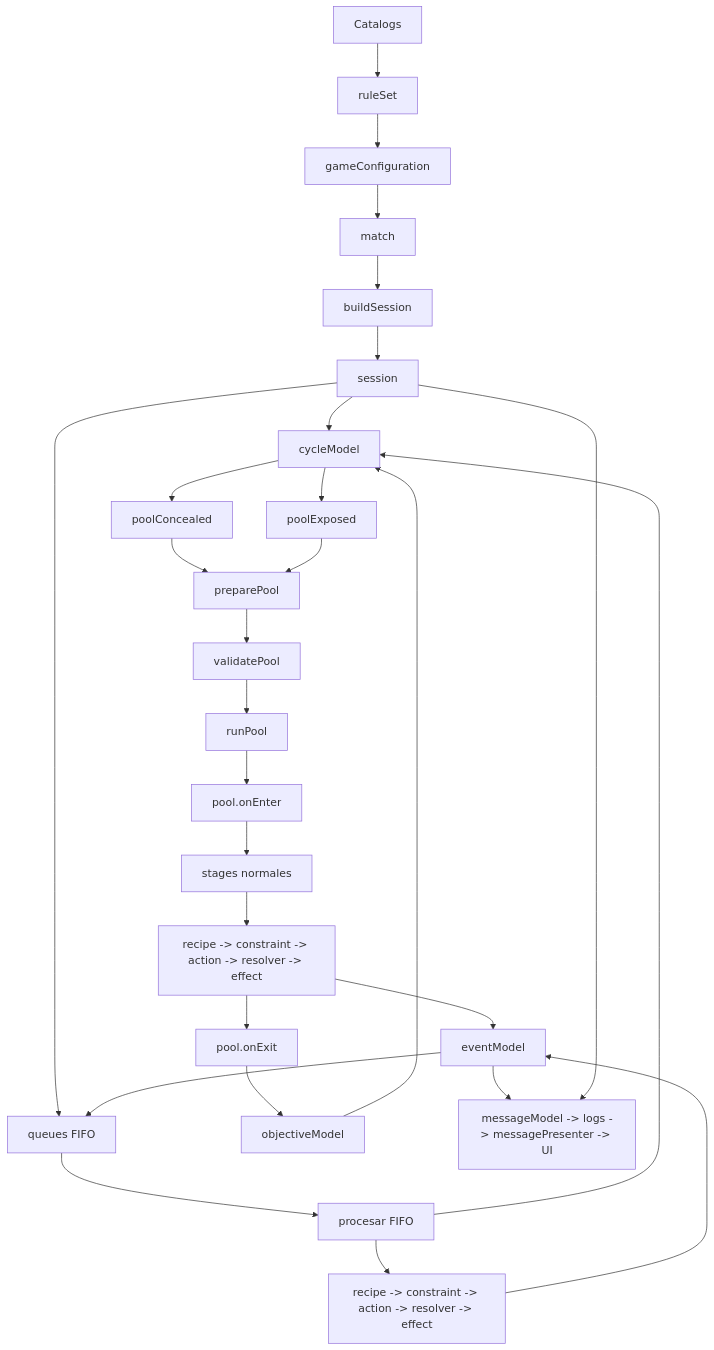
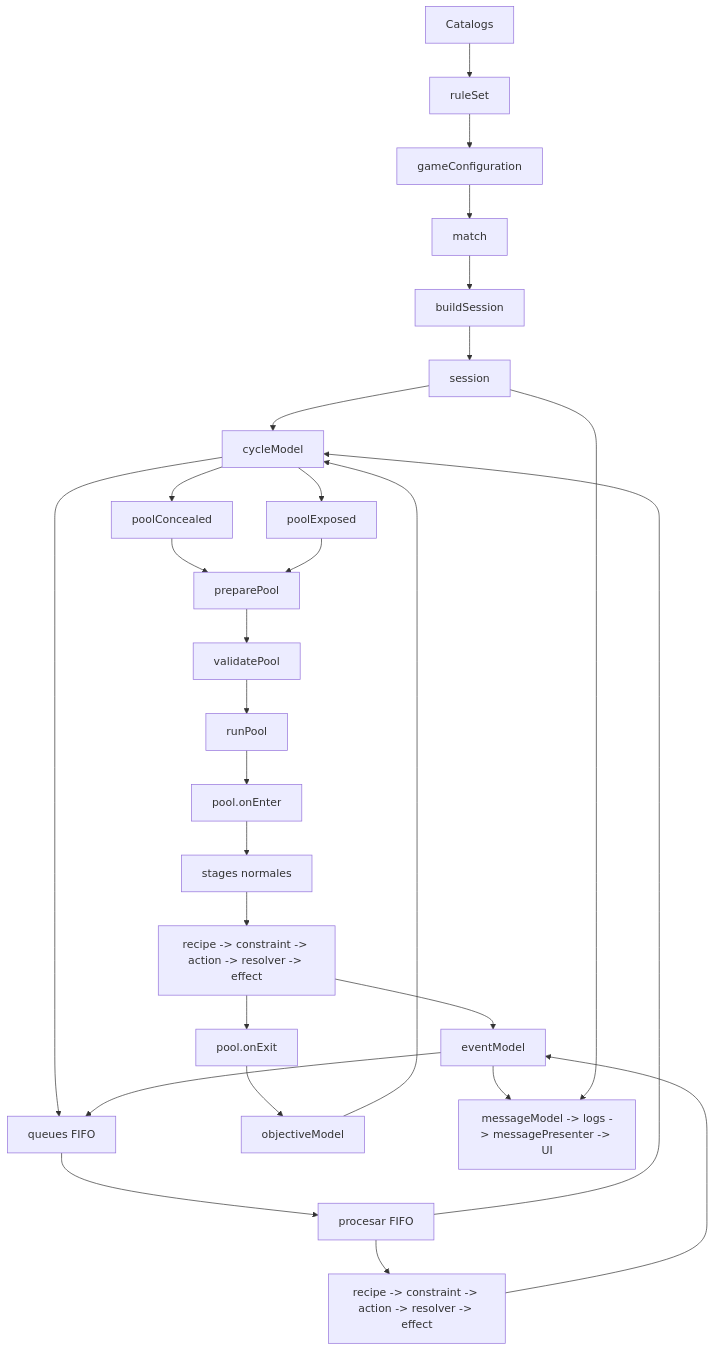
Before and after one commit to juanramonmorandeira/castronegro-director: the diagram in docs/domain_architecture.md, drawn with Mermaid. The commit also changed other lines of this file and 23 other files, not shown here.

Commit message:
Model cycle queues inside cycle

````diff
--- a/docs/domain_architecture.md
+++ b/docs/domain_architecture.md
@@ -20,53 +20,53 @@
 ```mermaid
 flowchart TD
   CATALOGS["Catalogs"]
   RULESET["ruleSet"]
   CONFIG["gameConfiguration"]
   MATCH["match"]
   BUILD["buildSession"]
   SESSION["session"]
   CYCLE["cycleModel"]
   QUEUES["queues FIFO"]
   CONCEALED["poolConcealed"]
   EXPOSED["poolExposed"]
   PREPARE["preparePool"]
   VALIDATE["validatePool"]
   RUN["runPool"]
   ENTER["pool.onEnter"]
   STAGES["stages normales"]
   EXIT["pool.onExit"]
   SPECIAL_RUN["procesar FIFO"]
   NORMAL_PIPELINE["recipe -> constraint -> action -> resolver -> effect"]
   SPECIAL_PIPELINE["recipe -> constraint -> action -> resolver -> effect"]
   EVENTS["eventModel"]
   OBJECTIVES["objectiveModel"]
   MESSAGES["messageModel -> logs -> messagePresenter -> UI"]
 
   CATALOGS --> RULESET
   RULESET --> CONFIG
   CONFIG --> MATCH
   MATCH --> BUILD
   BUILD --> SESSION
   SESSION --> CYCLE
-  SESSION --> QUEUES
   CYCLE --> CONCEALED
   CYCLE --> EXPOSED
+  CYCLE --> QUEUES
   CONCEALED --> PREPARE
   EXPOSED --> PREPARE
   PREPARE --> VALIDATE
   VALIDATE --> RUN
   RUN --> ENTER
   ENTER --> STAGES
   STAGES --> NORMAL_PIPELINE
   NORMAL_PIPELINE --> EVENTS
   EVENTS --> QUEUES
   EVENTS --> MESSAGES
   QUEUES --> SPECIAL_RUN
   SPECIAL_RUN --> SPECIAL_PIPELINE
   SPECIAL_PIPELINE --> EVENTS
   SPECIAL_RUN --> CYCLE
   NORMAL_PIPELINE --> EXIT
   EXIT --> OBJECTIVES
   OBJECTIVES --> CYCLE
   SESSION --> MESSAGES
 ```
````
